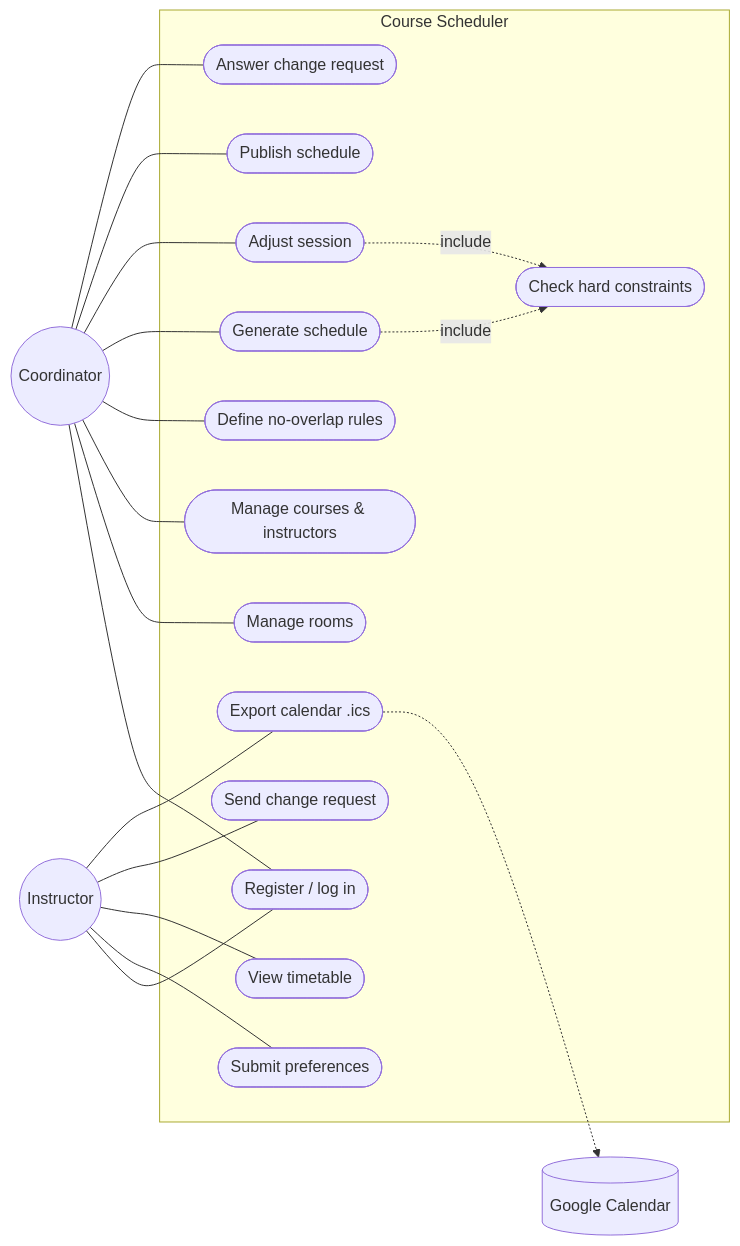
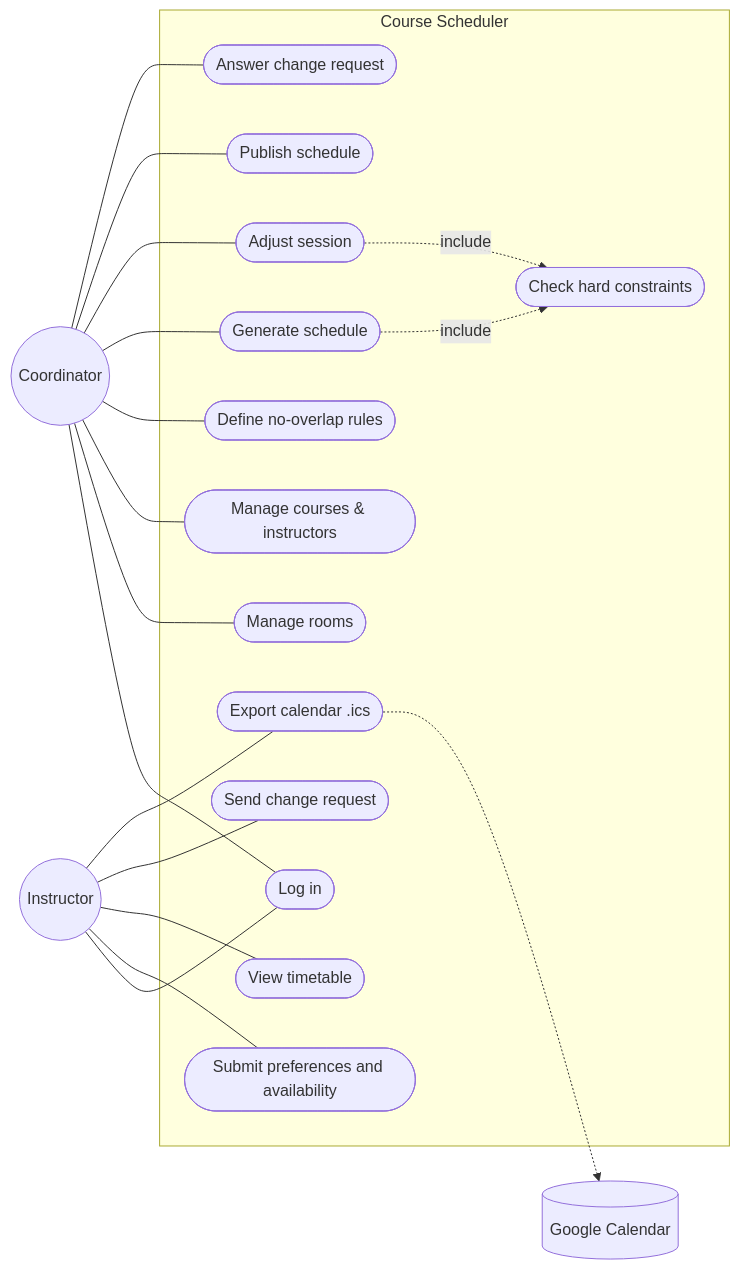
Before and after one commit to maruthi0/smart-scheduler: the fourth of 6 diagrams in docs/design.md, drawn with Mermaid. The commit also changed other lines of this file and 48 other files, not shown here.

````diff
--- a/docs/design.md
+++ b/docs/design.md
@@ -197,26 +203,26 @@
 ```mermaid
 flowchart LR
     C((Coordinator))
     I((Instructor))
     G[(Google Calendar)]
     subgraph System["Course Scheduler"]
-        U1([Register / log in])
+        U1([Log in])
         U2([Manage rooms])
         U3([Manage courses & instructors])
         U4([Define no-overlap rules])
-        U5([Submit preferences])
+        U5([Submit preferences and availability])
         U6([Generate schedule])
         U7([Adjust session])
         U8([Publish schedule])
         U9([View timetable])
         U10([Send change request])
         U11([Answer change request])
         U12([Export calendar .ics])
         HC([Check hard constraints])
     end
     C --- U1 & U2 & U3 & U4 & U6 & U7 & U8 & U11
     I --- U1 & U5 & U9 & U10 & U12
     U12 -.-> G
     U6 -. include .-> HC
     U7 -. include .-> HC
 ```
````
